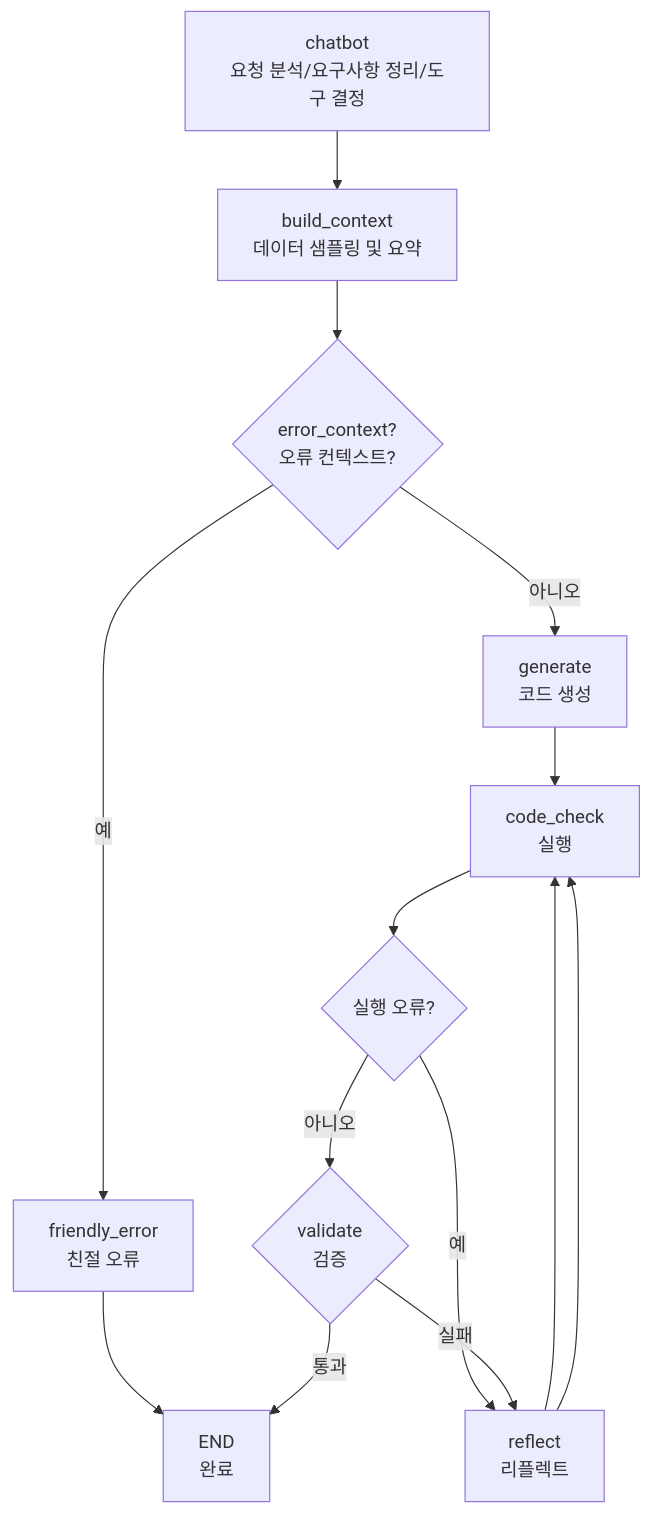
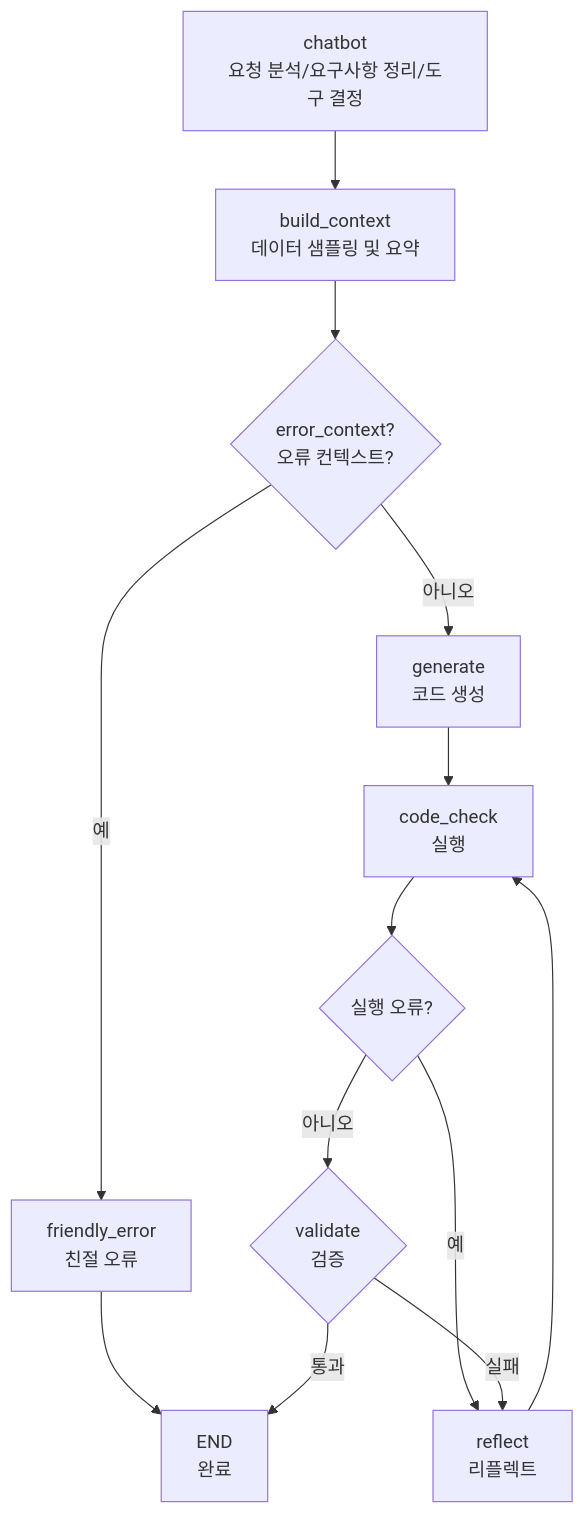
The second of 3 diagrams in README.md (sonsukwoo/Data_preprocessing_auto), drawn with Mermaid before and after one commit.

````diff
--- a/README.md
+++ b/README.md
@@ -117,13 +117,14 @@
 ```mermaid
 flowchart TD
   B[chatbot<br/>요청 분석/요구사항 정리/도구 결정] --> C[build_context<br/>데이터 샘플링 및 요약]
   C --> D{error_context?<br/>오류 컨텍스트?}
   D -->|예| X[friendly_error<br/>친절 오류] --> H[END<br/>완료]
   D -->|아니오| E[generate<br/>코드 생성]
   E --> F[code_check<br/>실행]
   F --> FE{실행 오류?}
-  FE -->|예| R[reflect<br/>리플렉트] --> F
+  FE -->|예| R[reflect<br/>리플렉트]
   FE -->|아니오| G{validate<br/>검증}
   G -->|통과| H
-  G -->|실패| R --> F
+  G -->|실패| R
+  R --> F
 ```
````
